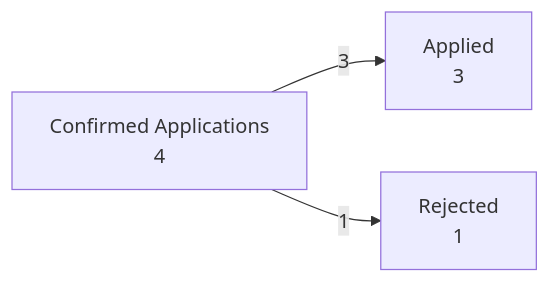
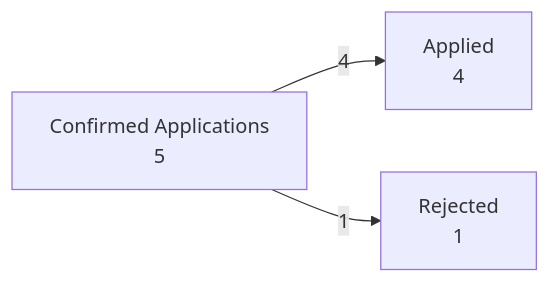
The diagram in Dashboard.md (suhas-sunder/job-apps), drawn with Mermaid before and after one commit. The commit also changed other lines of this file, not shown here.

````diff
--- a/Dashboard.md
+++ b/Dashboard.md
@@ -14,5 +14,5 @@
 ```mermaid
 flowchart LR
-    S["Confirmed Applications<br/>4"] -->|3| A["Applied<br/>3"]
+    S["Confirmed Applications<br/>5"] -->|4| A["Applied<br/>4"]
     S -->|1| R["Rejected<br/>1"]
 ```
````
